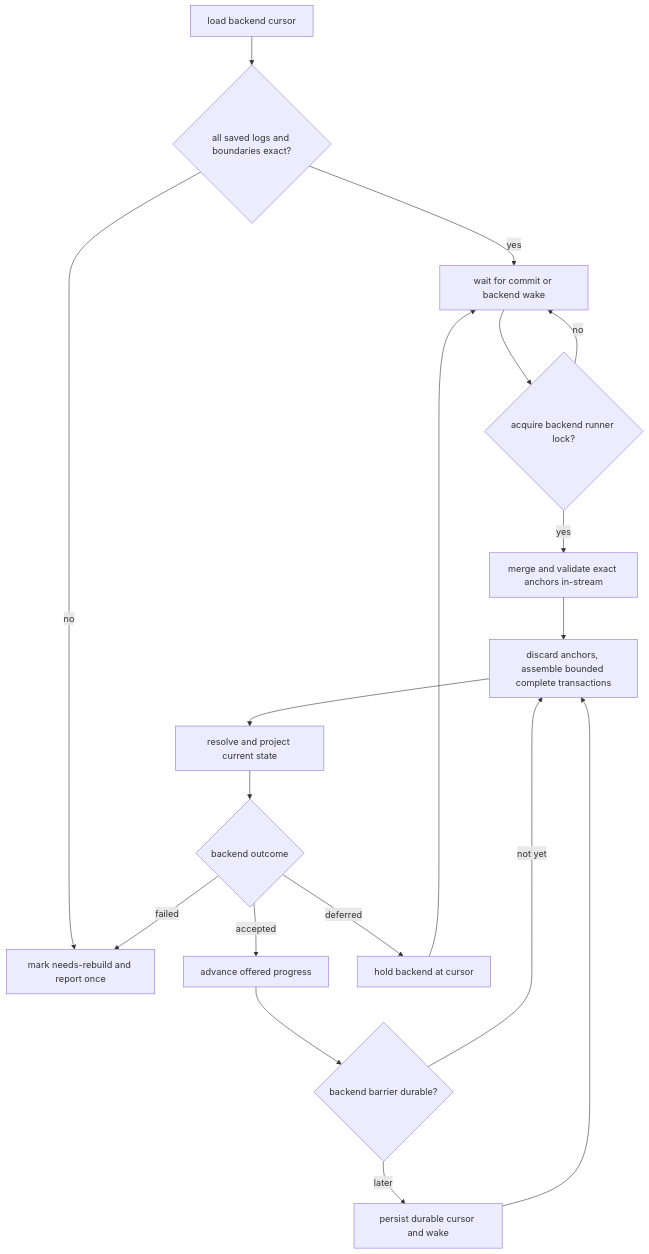
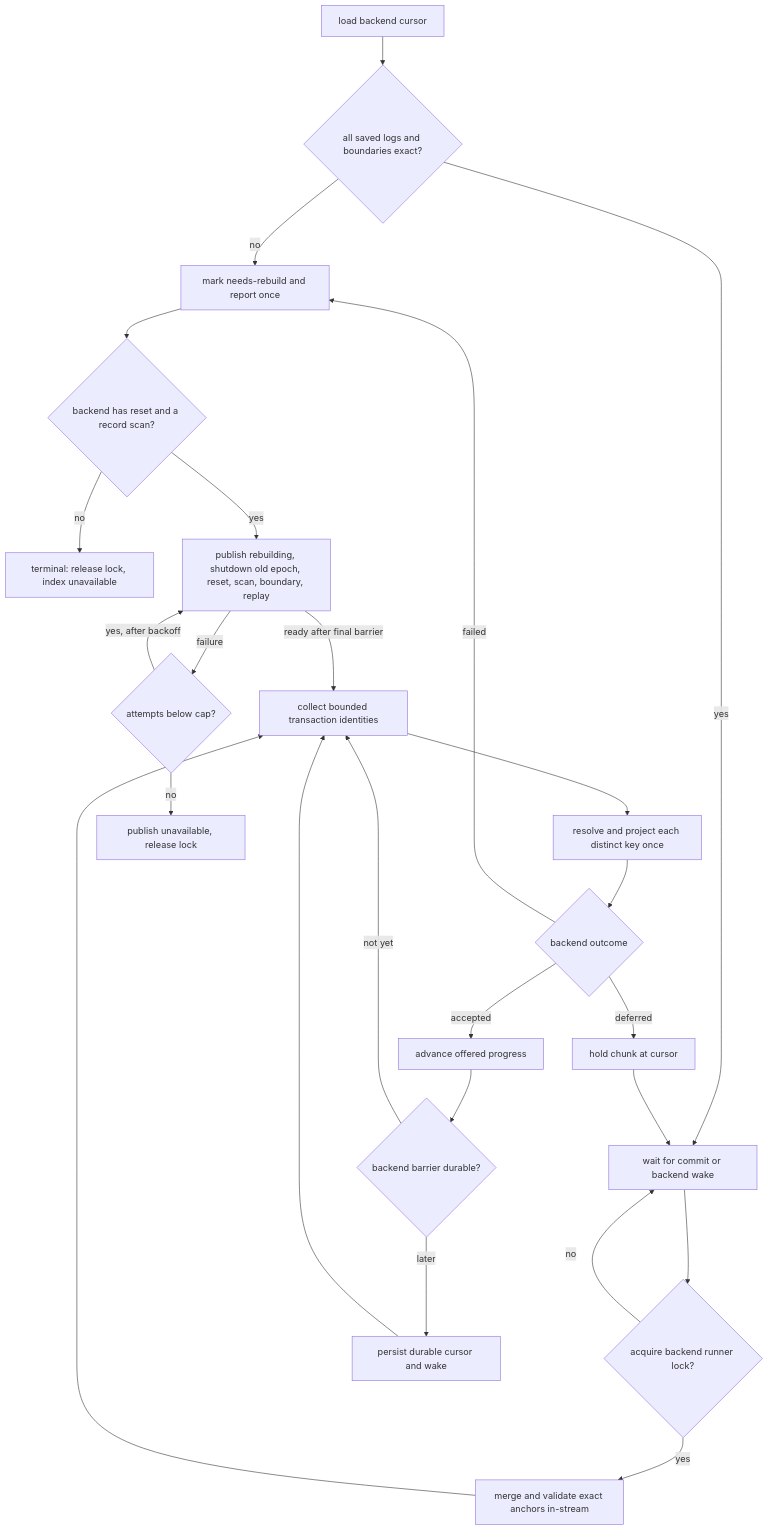
The second of 2 diagrams in docs/derived-index-runtime-stage-1.md (HarperFast/harper), drawn with Mermaid before and after one commit. The commit also changed other lines of this file and 4 other files, not shown here.

````diff
--- a/docs/derived-index-runtime-stage-1.md
+++ b/docs/derived-index-runtime-stage-1.md
@@ -360,20 +406,27 @@
 ```mermaid
 flowchart TD
     A[load backend cursor] --> B{all saved logs and boundaries exact?}
     B -->|no| R[mark needs-rebuild and report once]
     B -->|yes| W[wait for commit or backend wake]
     W --> L{acquire backend runner lock?}
     L -->|no| W
     L -->|yes| Q[merge and validate exact anchors in-stream]
-    Q --> T[discard anchors, assemble bounded complete transactions]
-    T --> P[resolve and project current state]
+    Q --> T[collect bounded transaction identities]
+    T --> P[resolve and project each distinct key once]
     P --> O{backend outcome}
     O -->|accepted| N[advance offered progress]
-    O -->|deferred| H[hold backend at cursor]
+    O -->|deferred| H[hold chunk at cursor]
     O -->|failed| R
     N --> D{backend barrier durable?}
     D -->|later| C[persist durable cursor and wake]
     D -->|not yet| T
     C --> T
     H --> W
+    R --> X{backend has reset and a record scan?}
+    X -->|no| Z[terminal: release lock, index unavailable]
+    X -->|yes| Y[publish rebuilding, shutdown old epoch, reset, scan, boundary, replay]
+    Y -->|ready after final barrier| T
+    Y -->|failure| K{attempts below cap?}
+    K -->|yes, after backoff| Y
+    K -->|no| U[publish unavailable, release lock]
 ```
````
